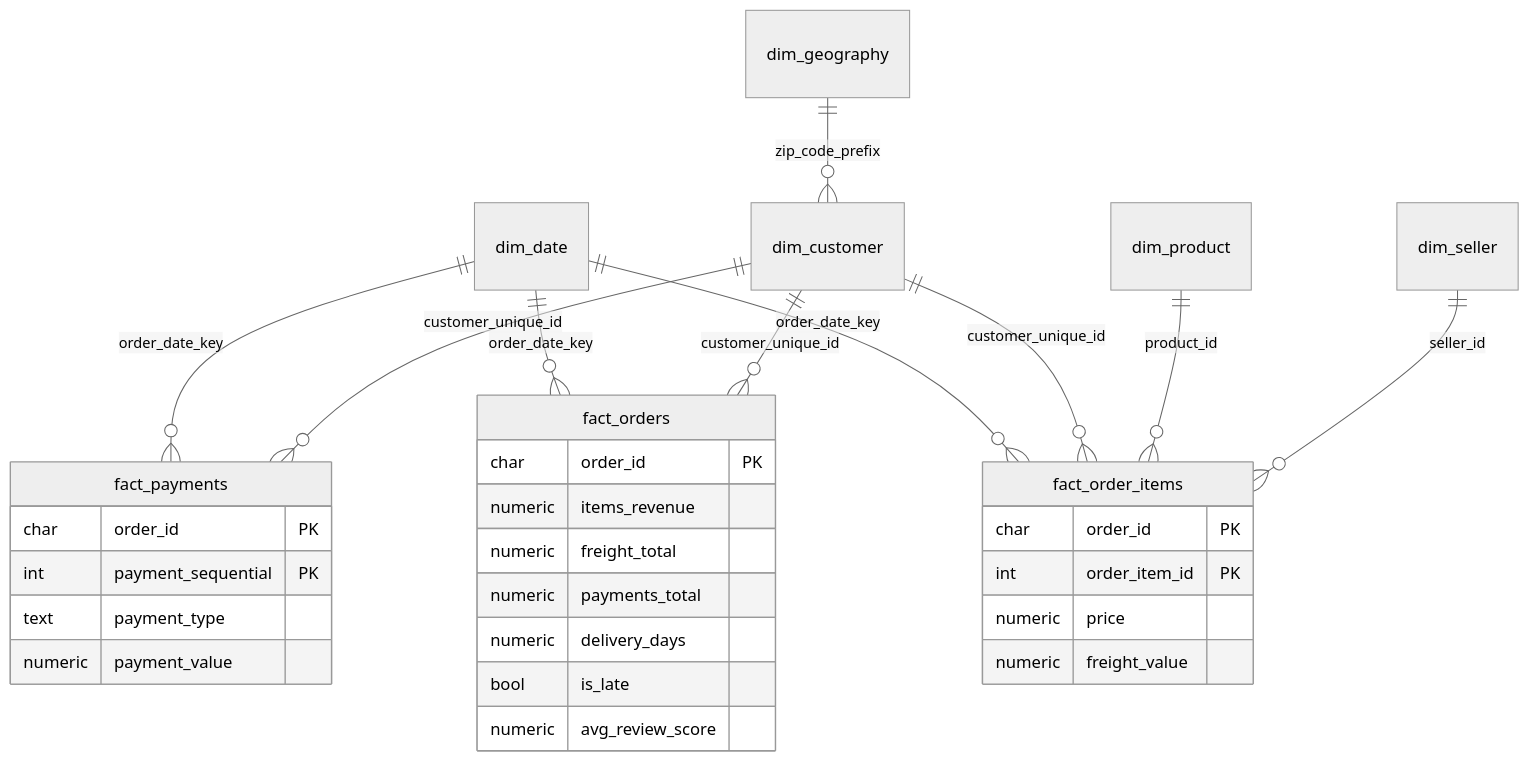
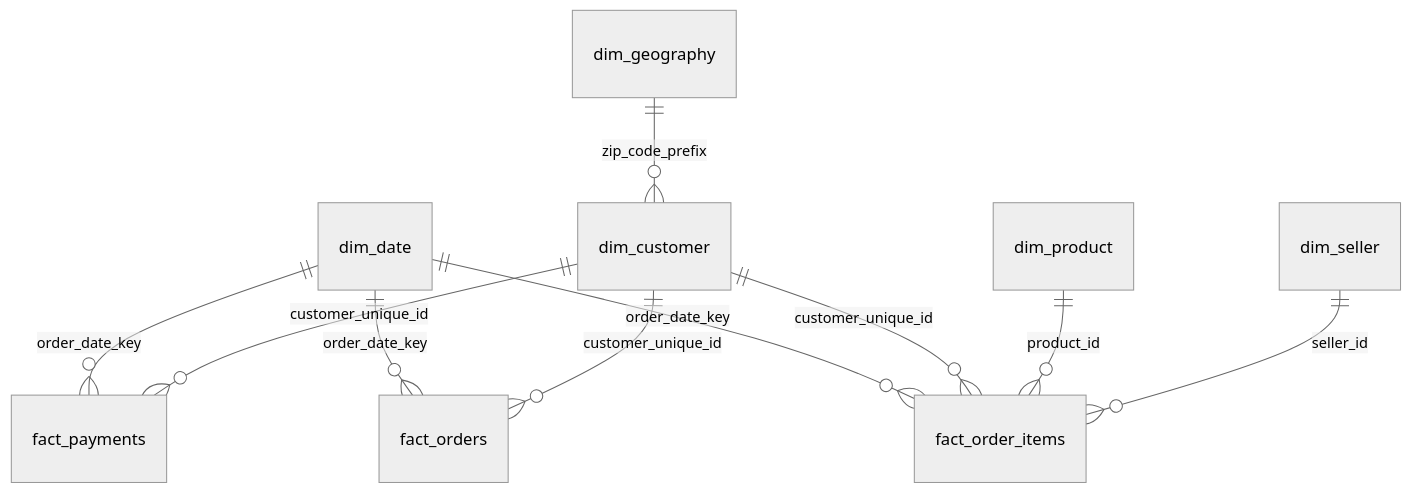
Before and after one commit to AC020907/olist-ecommerce-analytics-bi: the second of 2 diagrams in README.md, drawn with Mermaid (neutral theme). The commit also changed other lines of this file and 7 other files, not shown here.

````diff
--- a/README.md
+++ b/README.md
@@ -55,33 +45,12 @@
 ```mermaid
 erDiagram
     dim_date ||--o{ fact_orders : order_date_key
     dim_date ||--o{ fact_order_items : order_date_key
     dim_date ||--o{ fact_payments : order_date_key
     dim_customer ||--o{ fact_orders : customer_unique_id
     dim_customer ||--o{ fact_order_items : customer_unique_id
     dim_customer ||--o{ fact_payments : customer_unique_id
     dim_geography ||--o{ dim_customer : zip_code_prefix
     dim_product ||--o{ fact_order_items : product_id
     dim_seller ||--o{ fact_order_items : seller_id
-    fact_orders {
-        char order_id PK
-        numeric items_revenue
-        numeric freight_total
-        numeric payments_total
-        numeric delivery_days
-        bool is_late
-        numeric avg_review_score
-    }
-    fact_order_items {
-        char order_id PK
-        int order_item_id PK
-        numeric price
-        numeric freight_value
-    }
-    fact_payments {
-        char order_id PK
-        int payment_sequential PK
-        text payment_type
-        numeric payment_value
-    }
 ```
````
